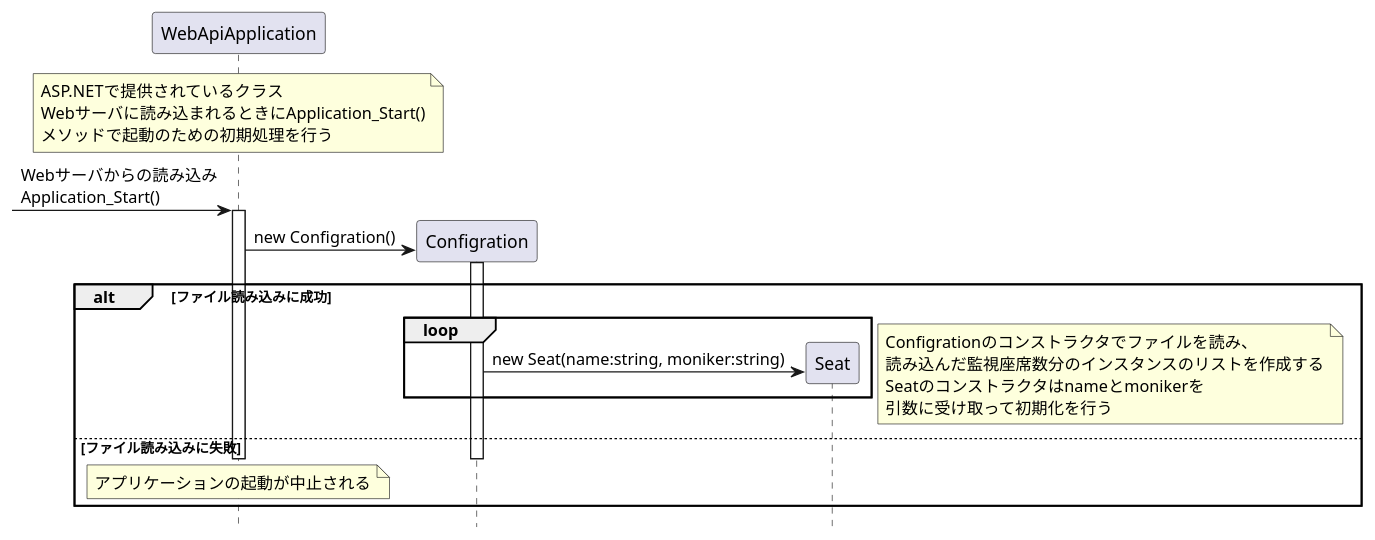
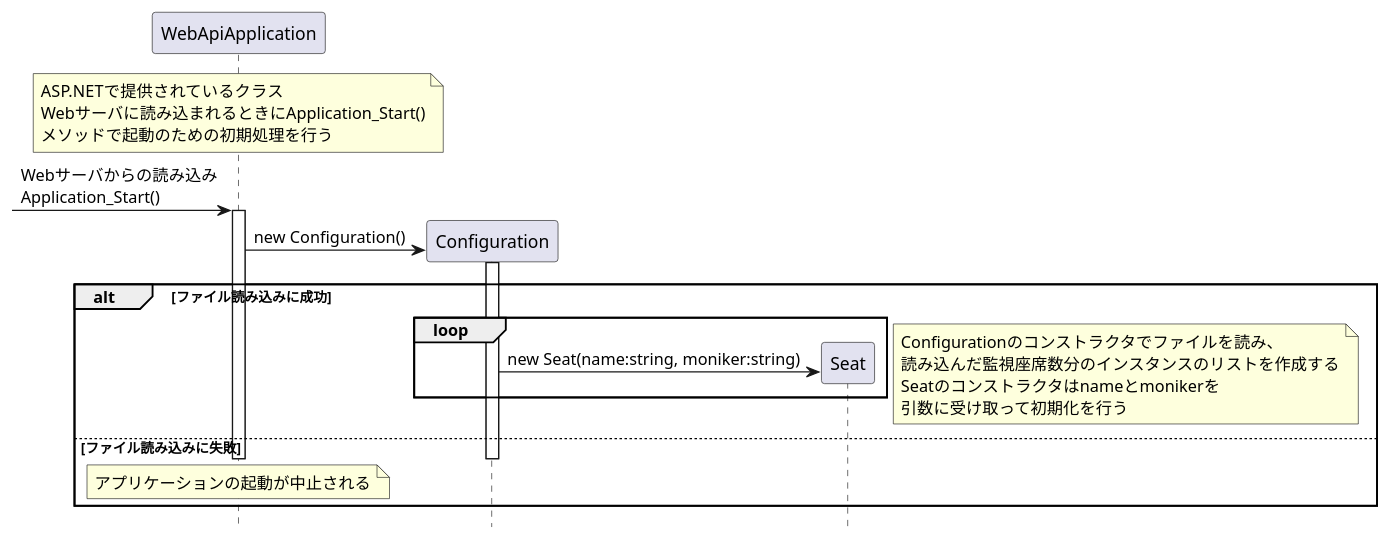
One commit to KeisukeSugita/Seat-monitoring-system changed the diagram in doc/詳細設計/構成図(.pu)/SeatMonitoringAPI起動シーケンス図.pu. Above: the diagram before and after it, drawn with PlantUML. The commit also changed 3 other files, not shown here.

```diff
--- a/doc/詳細設計/構成図(.pu)/SeatMonitoringAPI起動シーケンス図.pu
+++ b/doc/詳細設計/構成図(.pu)/SeatMonitoringAPI起動シーケンス図.pu
@@ -1,40 +1,40 @@
 @startuml SeatMonitoringAPI起動シーケンス図
 hide footbox
 
 participant "WebApiApplication" as WebApiApplication
-participant "Configration" as Configration
+participant "Configuration" as Configuration
 participant "Seat" as Seat
 
 note over WebApiApplication
 	ASP.NETで提供されているクラス
 	Webサーバに読み込まれるときにApplication_Start()
 	メソッドで起動のための初期処理を行う
 end note
 -> WebApiApplication :Webサーバからの読み込み\nApplication_Start()
 activate WebApiApplication
 
-create Configration
-WebApiApplication -> Configration : new Configration()
-activate Configration
+create Configuration
+WebApiApplication -> Configuration : new Configuration()
+activate Configuration
 
 alt ファイル読み込みに成功
 	loop
 		create Seat
-		Configration -> Seat :new Seat(name:string, moniker:string)
+		Configuration -> Seat :new Seat(name:string, moniker:string)
 	end
 	note right
-		Configrationのコンストラクタでファイルを読み、
+		Configurationのコンストラクタでファイルを読み、
 		読み込んだ監視座席数分のインスタンスのリストを作成する
 		Seatのコンストラクタはnameとmonikerを
 		引数に受け取って初期化を行う
 	end note
 |||
 else ファイル読み込みに失敗
-	deactivate Configration
+	deactivate Configuration
 	deactivate WebApiApplication
 	note over WebApiApplication
 		アプリケーションの起動が中止される
 	end note
 end
 
 @enduml
```
